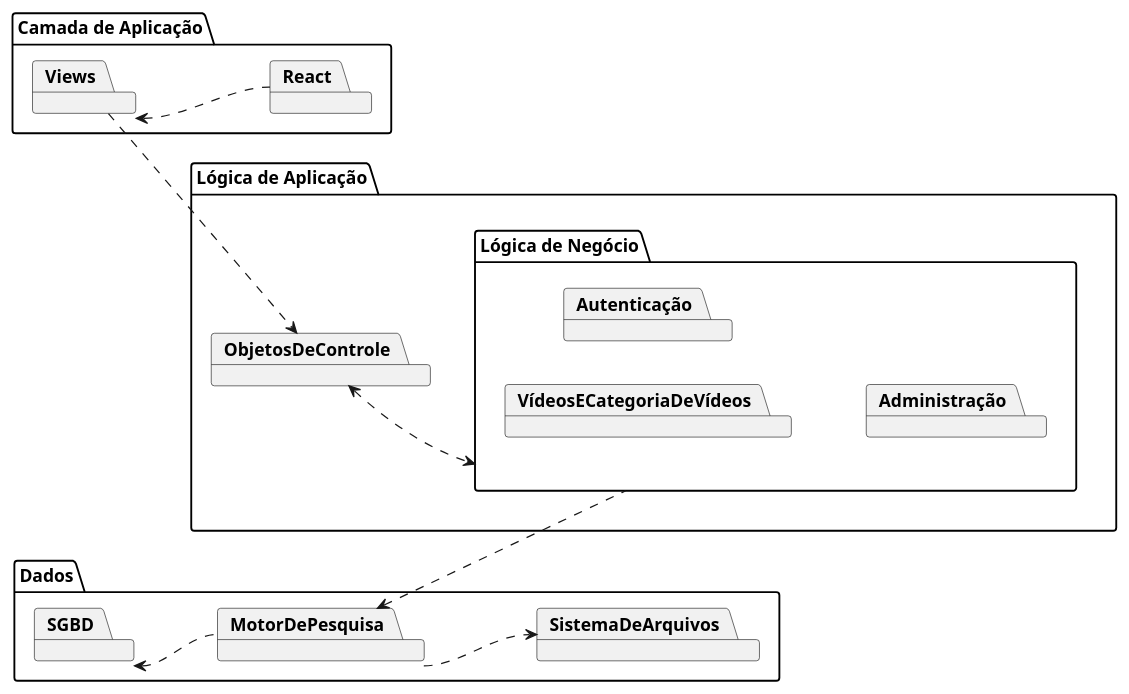
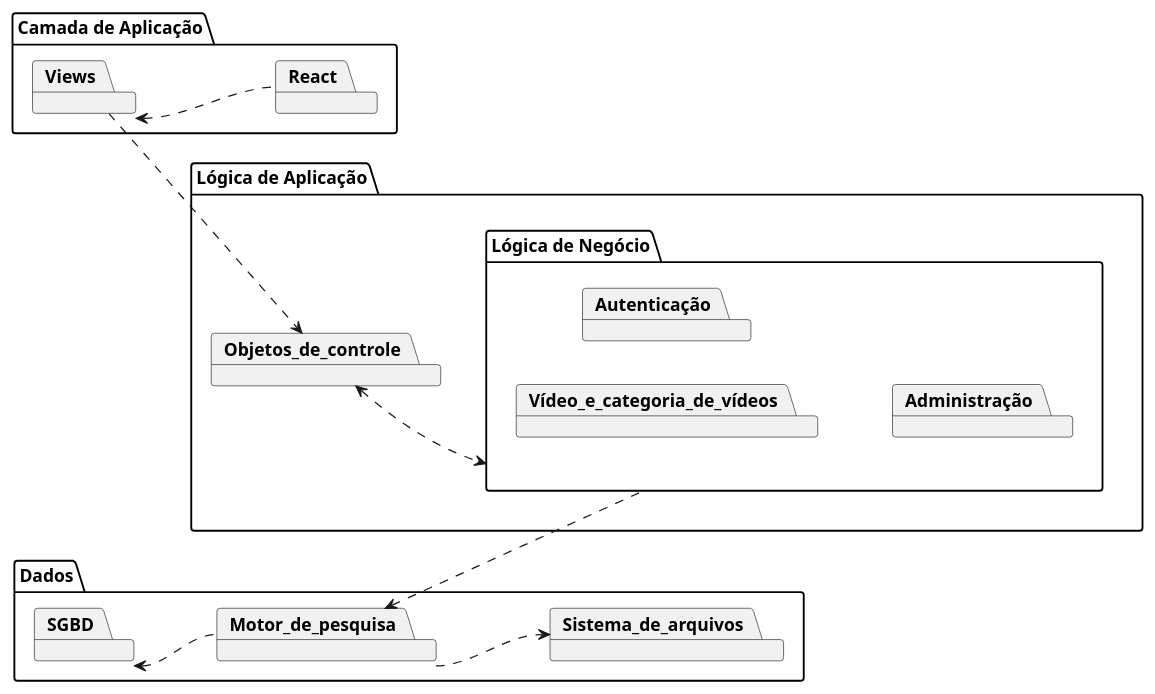
Before and after one commit to MurylloEx/DevFlix-PSW: the diagram in Artefatos/Diagramas/Pacote/Diagrama_Pacotes_Devflix.puml, drawn with PlantUML. The commit also changed 7 other files, not shown here.

Commit message:
Correções no diagrama

```diff
--- a/Artefatos/Diagramas/Pacote/Diagrama_Pacotes_Devflix.puml
+++ b/Artefatos/Diagramas/Pacote/Diagrama_Pacotes_Devflix.puml
@@ -1,31 +1,31 @@
 @startuml PackageDiagram
 
 left to right direction
 
 package "Camada de Aplicação" as CamadaDeApresentação {
     package Views
     package React
 }
 
-package LógicaDaAplicação as "Lógica de Aplicação"   {
-    package ObjetosDeControle
+package "Lógica de Aplicação" as LógicaDaAplicação {
+    package Objetos_de_controle
     package "Lógica de Negócio" as LógicaDeNegócio {
-        package VídeosECategoriaDeVídeos
+        package Vídeo_e_categoria_de_vídeos
         package Autenticação
         package Administração
     }
 }
 
 package Dados {
     package SGBD
-    package MotorDePesquisa
-    package SistemaDeArquivos
+    package Motor_de_pesquisa 
+    package Sistema_de_arquivos
 }
 
 Views <.. React
-Views .down.> ObjetosDeControle
-SGBD <.. MotorDePesquisa
-MotorDePesquisa ..> SistemaDeArquivos
-ObjetosDeControle <..> LógicaDeNegócio
-LógicaDeNegócio .up.> MotorDePesquisa
+Views .down.> Objetos_de_controle
+SGBD <.. Motor_de_pesquisa
+Motor_de_pesquisa ..> Sistema_de_arquivos
+Objetos_de_controle <..> LógicaDeNegócio
+LógicaDeNegócio .up.> Motor_de_pesquisa
 @enduml
```
